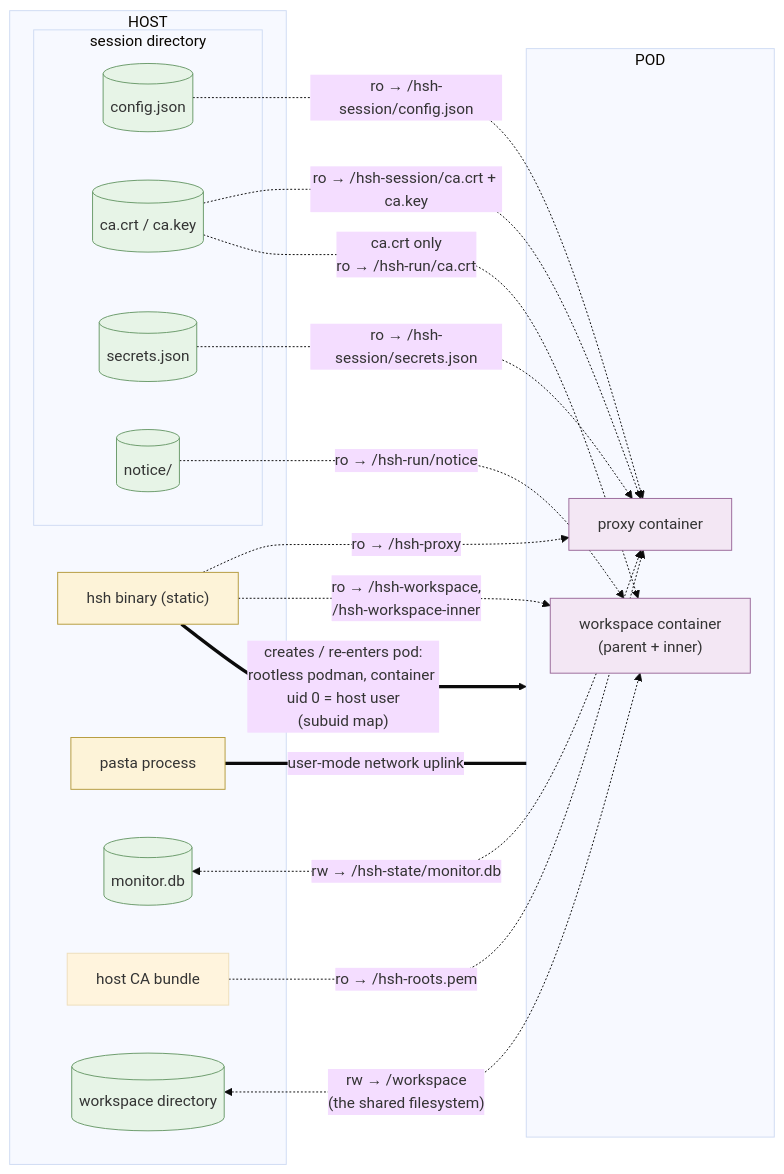
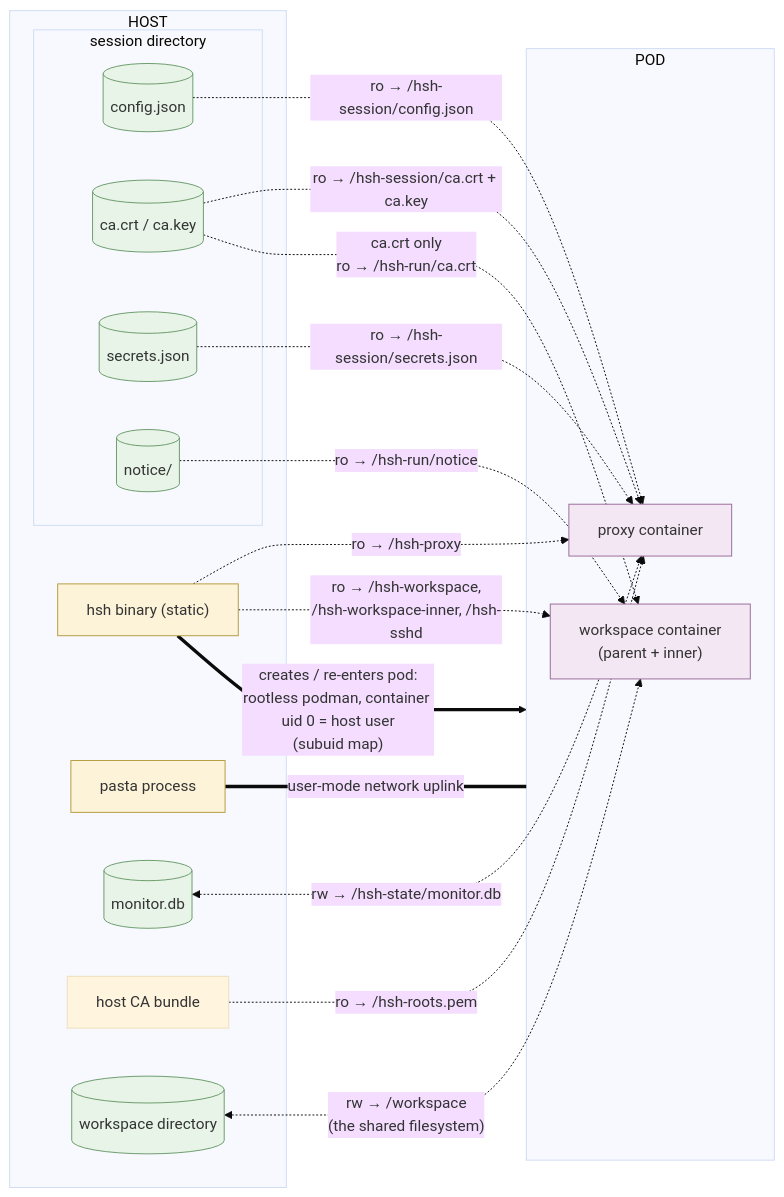
One commit to philips/hsh changed the third of 3 diagrams in internal-docs/architecture.md. Above: the diagram before and after it, drawn with Mermaid (base theme). The commit also changed other lines of this file and 29 other files, not shown here.

First line of the commit message:
sshd: serve forward, ssh, and oauth callback from /hsh-sshd in both runtimes; remove the relay (plan 0042)

````diff
--- a/internal-docs/architecture.md
+++ b/internal-docs/architecture.md
@@ -114,43 +114,43 @@
 ```mermaid
 flowchart LR
     classDef proc fill:#fdf3d8,stroke:#b59b3e
     classDef file fill:#e7f4e7,stroke:#6a9a6a
     classDef ctr fill:#f3e7f4,stroke:#9a6a9a
 
     subgraph HOST["HOST"]
         hshbin["hsh binary (static)"]
         pasta["pasta process"]
         subgraph SESDIR["session directory"]
             cfgcopy[("config.json")]
             cafiles[("ca.crt / ca.key")]
             secretsjson[("secrets.json")]
             noticedir[("notice/")]
         end
         monitordb[("monitor.db")]
         caBundle["host CA bundle"]
         wsdir[("workspace directory")]
     end
 
     subgraph POD["POD"]
         PROXY["proxy container"]
         WSC["workspace container<br/>(parent + inner)"]
     end
 
     hshbin -.->|"ro → /hsh-proxy"| PROXY
-    hshbin -.->|"ro → /hsh-workspace,<br/>/hsh-workspace-inner"| WSC
+    hshbin -.->|"ro → /hsh-workspace,<br/>/hsh-workspace-inner, /hsh-sshd"| WSC
     cfgcopy -.->|"ro → /hsh-session/config.json"| PROXY
     secretsjson -.->|"ro → /hsh-session/secrets.json"| PROXY
     cafiles -.->|"ro → /hsh-session/ca.crt + ca.key"| PROXY
     caBundle -.->|"ro → /hsh-roots.pem"| PROXY
     monitordb <-.->|"rw → /hsh-state/monitor.db"| PROXY
     cafiles -.->|"ca.crt only<br/>ro → /hsh-run/ca.crt"| WSC
     noticedir -.->|"ro → /hsh-run/notice"| WSC
     wsdir <-.->|"rw → /workspace<br/>(the shared filesystem)"| WSC
     pasta ===|"user-mode network uplink"| POD
 
     hshbin ==>|"creates / re-enters pod:<br/>rootless podman, container uid 0 = host user<br/>(subuid map)"| POD
 
     class hshbin,pasta proc
     class cfgcopy,cafiles,secretsjson,noticedir,monitordb,wsdir file
     class PROXY,WSC ctr
 ```
````
